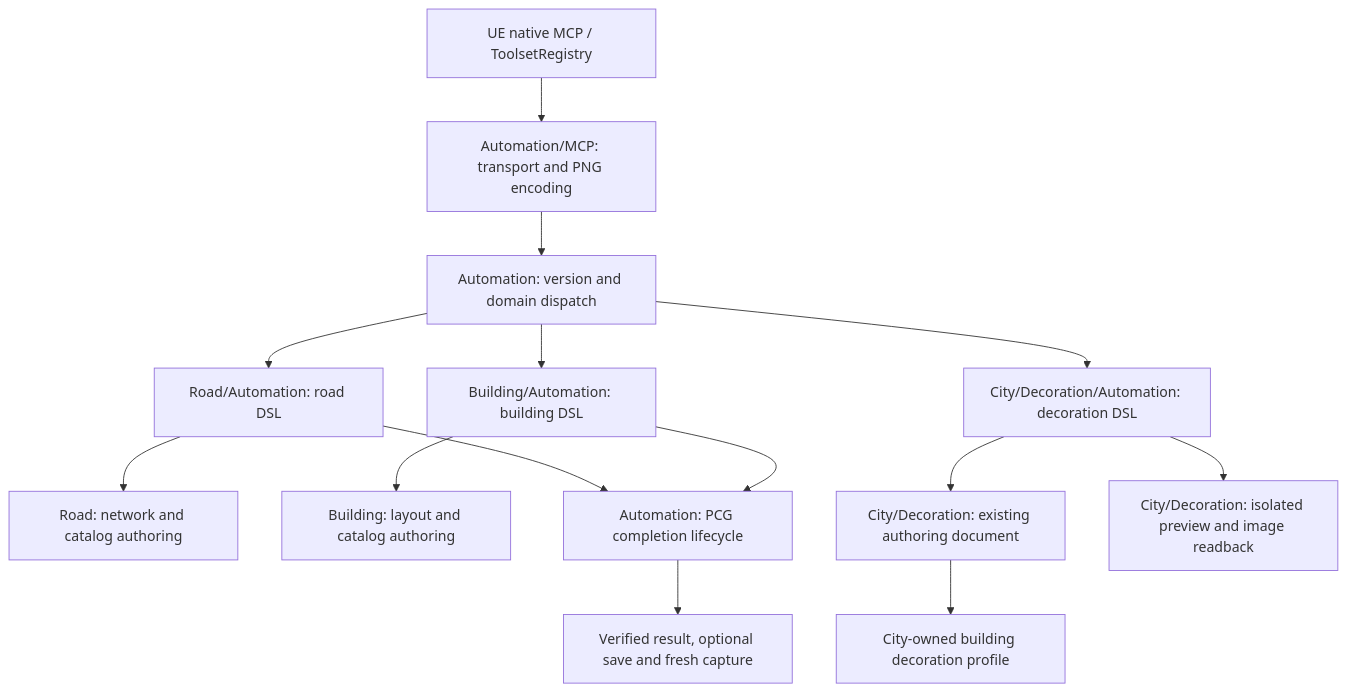
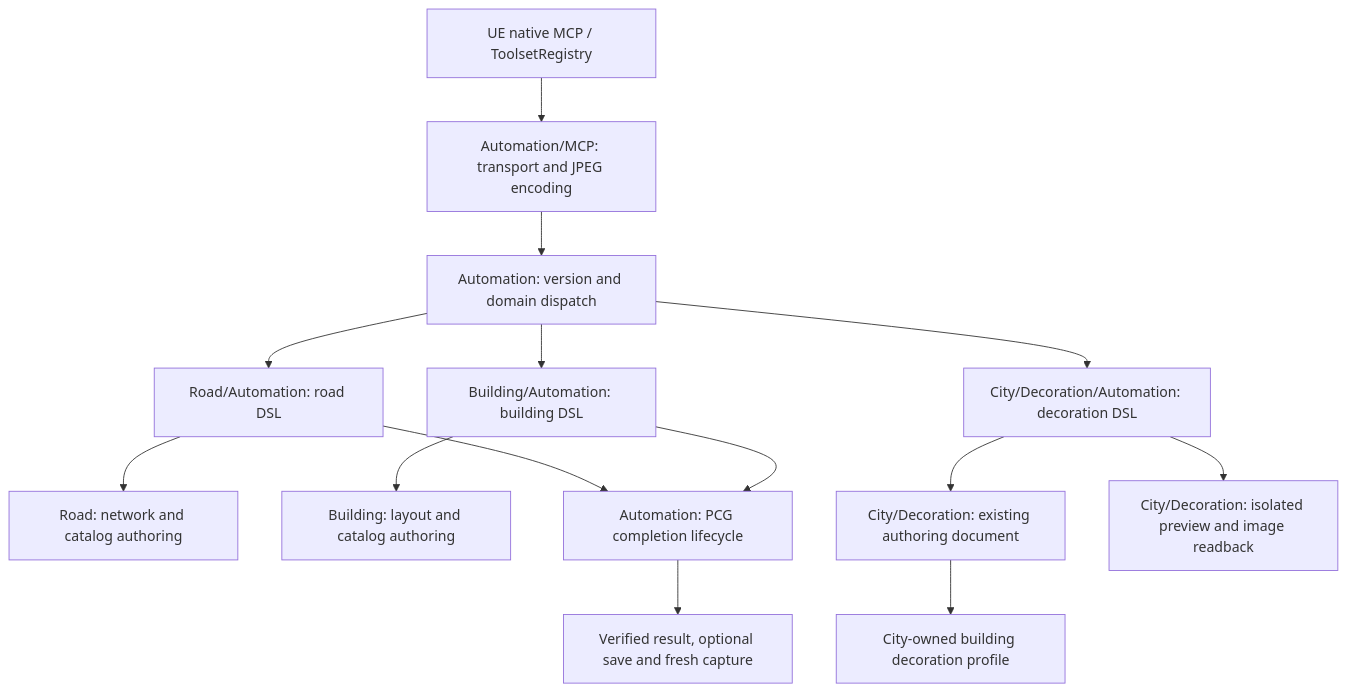
The diagram in Docs/Automation/MCP.md (MC-Oruc/DeepLevelDesignPCG), drawn with Mermaid before and after one commit. The commit also changed other lines of this file and 5 other files, not shown here.

Commit message:
Bound MCP capture payloads with automatic JPEG encoding

````diff
--- a/Docs/Automation/MCP.md
+++ b/Docs/Automation/MCP.md
@@ -9,31 +9,31 @@
 ```mermaid
 
 flowchart TD
 
-    MCP[UE native MCP / ToolsetRegistry] --> Adapter[Automation/MCP: transport and PNG encoding]
+    MCP[UE native MCP / ToolsetRegistry] --> Adapter[Automation/MCP: transport and JPEG encoding]
 
     Adapter --> Dispatch[Automation: version and domain dispatch]
 
     Dispatch --> Road[Road/Automation: road DSL]
 
     Dispatch --> Building[Building/Automation: building DSL]
 
     Dispatch --> Decoration[City/Decoration/Automation: decoration DSL]
 
     Road --> RoadAuthoring[Road: network and catalog authoring]
 
     Building --> BuildingAuthoring[Building: layout and catalog authoring]
 
     Road --> Generation[Automation: PCG completion lifecycle]
 
     Building --> Generation
 
     Generation --> Result[Verified result, optional save and fresh capture]
 
     Decoration --> Document[City/Decoration: existing authoring document]
 
     Document --> Profile[City-owned building decoration profile]
 
     Decoration --> Preview[City/Decoration: isolated preview and image readback]
 
 ```
````
